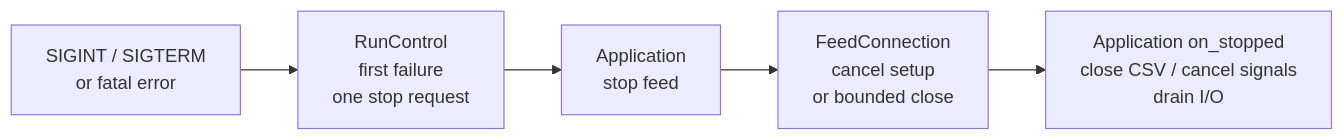
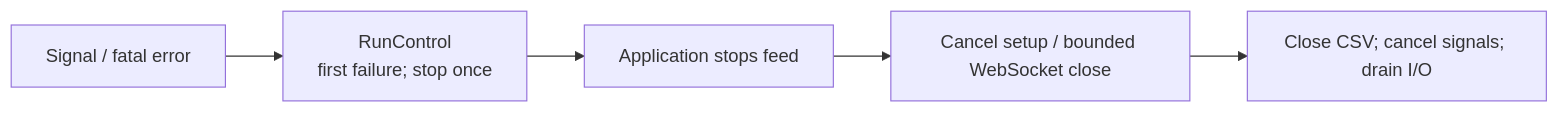
One commit to Alan4511/coinbase-ticker-statistics changed the second of 2 diagrams in docs/DESIGN_DECISIONS.md. Above: the diagram before and after it, drawn with Mermaid. The commit also changed other lines of this file and 19 other files, not shown here.

````diff
--- a/docs/DESIGN_DECISIONS.md
+++ b/docs/DESIGN_DECISIONS.md
@@ -37,7 +27,7 @@
 ```mermaid
 flowchart LR
-    trigger["SIGINT / SIGTERM<br/>or fatal error"] --> control["RunControl<br/>first failure<br/>one stop request"]
-    control --> stop["Application<br/>stop feed"]
-    stop --> transport["FeedConnection<br/>cancel setup<br/>or bounded close"]
-    transport --> complete["Application on_stopped<br/>close CSV / cancel signals<br/>drain I/O"]
+    trigger["Signal / fatal error"] --> control["RunControl<br/>first failure; stop once"]
+    control --> app["Application stops feed"]
+    app --> transport["Cancel setup / bounded WebSocket close"]
+    transport --> finish["Close CSV; cancel signals; drain I/O"]
 ```
````
